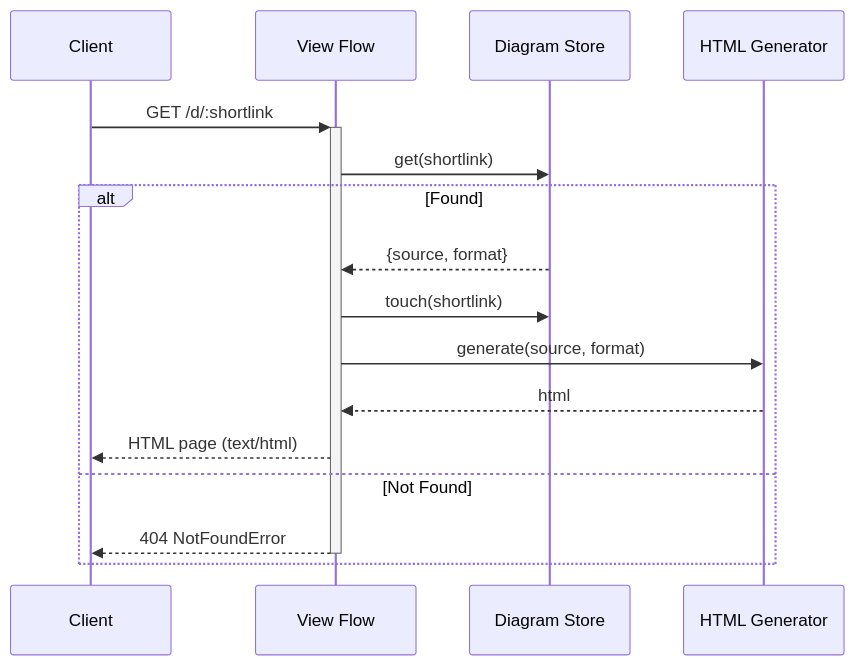
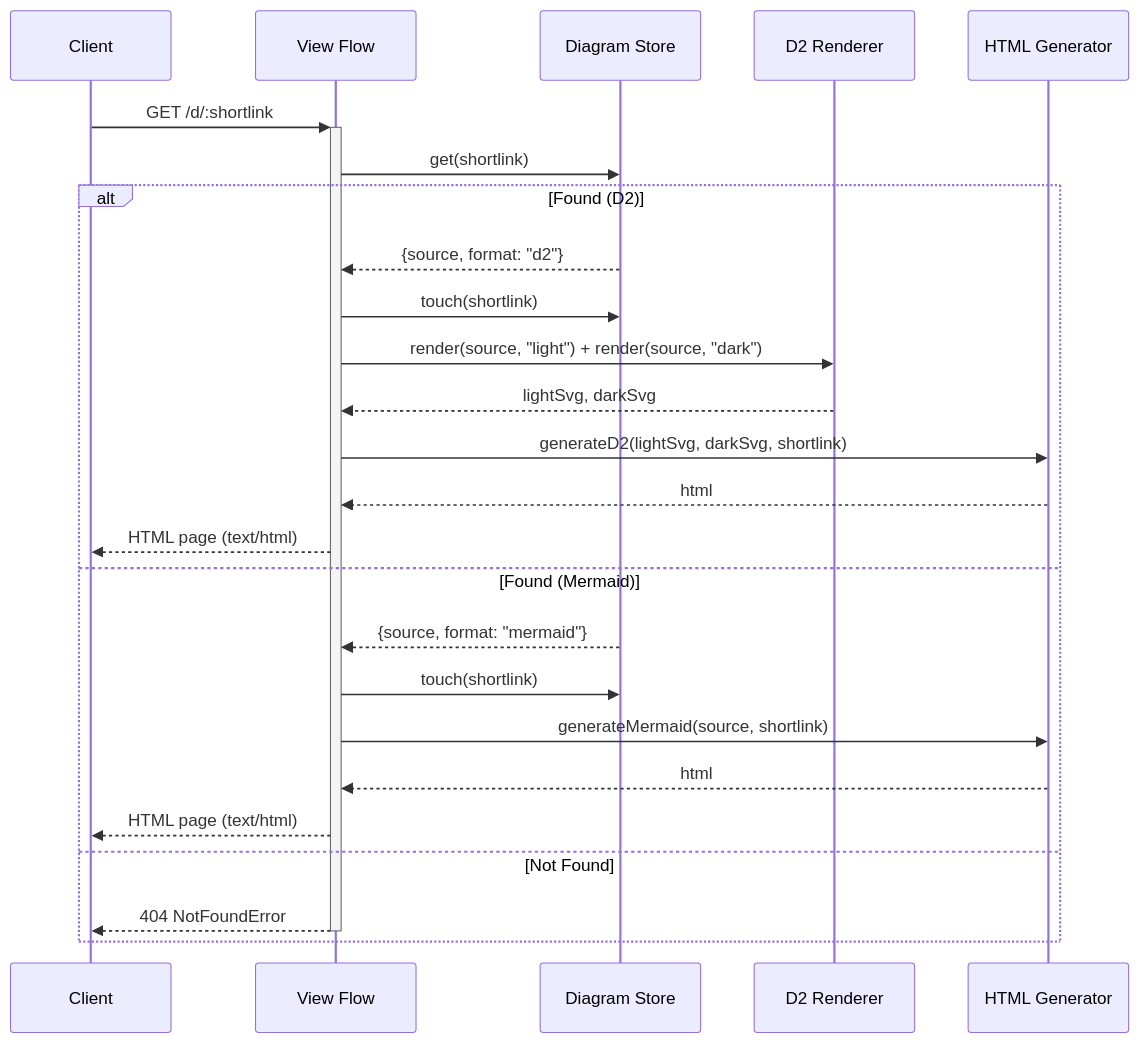
The second of 2 diagrams in .c3/c3-1-api-server/c3-116-view-flow.md (lagz0ne/diashort), drawn with Mermaid before and after one commit. The commit also changed other lines of this file and 31 other files, not shown here.

````diff
--- a/.c3/c3-1-api-server/c3-116-view-flow.md
+++ b/.c3/c3-1-api-server/c3-116-view-flow.md
@@ -26,19 +27,28 @@
 ```mermaid
 sequenceDiagram
     participant Client
     participant Flow as View Flow
     participant Store as Diagram Store
+    participant D2 as D2 Renderer
     participant Gen as HTML Generator
 
     Client->>+Flow: GET /d/:shortlink
     Flow->>Store: get(shortlink)
-    alt Found
-        Store-->>Flow: {source, format}
+    alt Found (D2)
+        Store-->>Flow: {source, format: "d2"}
         Flow->>Store: touch(shortlink)
-        Flow->>Gen: generate(source, format)
+        Flow->>D2: render(source, "light") + render(source, "dark")
+        D2-->>Flow: lightSvg, darkSvg
+        Flow->>Gen: generateD2(lightSvg, darkSvg, shortlink)
+        Gen-->>Flow: html
+        Flow-->>Client: HTML page (text/html)
+    else Found (Mermaid)
+        Store-->>Flow: {source, format: "mermaid"}
+        Flow->>Store: touch(shortlink)
+        Flow->>Gen: generateMermaid(source, shortlink)
         Gen-->>Flow: html
         Flow-->>Client: HTML page (text/html)
     else Not Found
         Flow-->>-Client: 404 NotFoundError
     end
 ```
````
